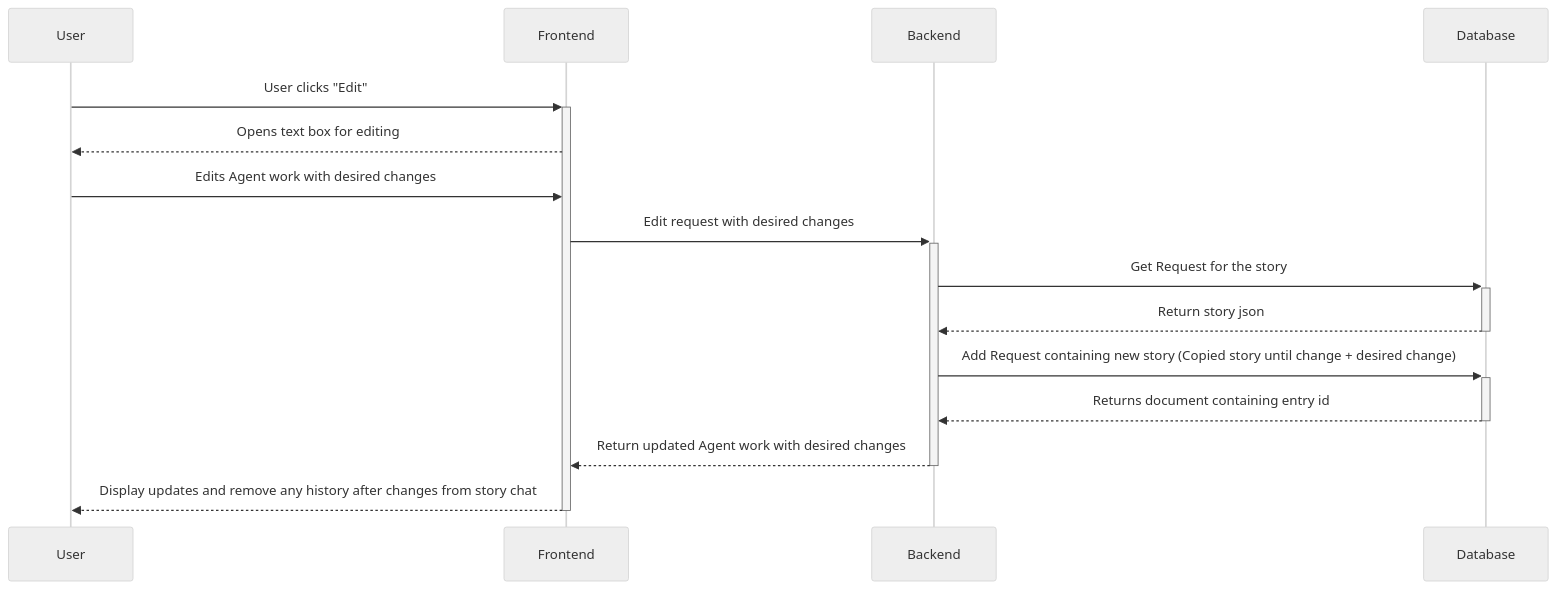
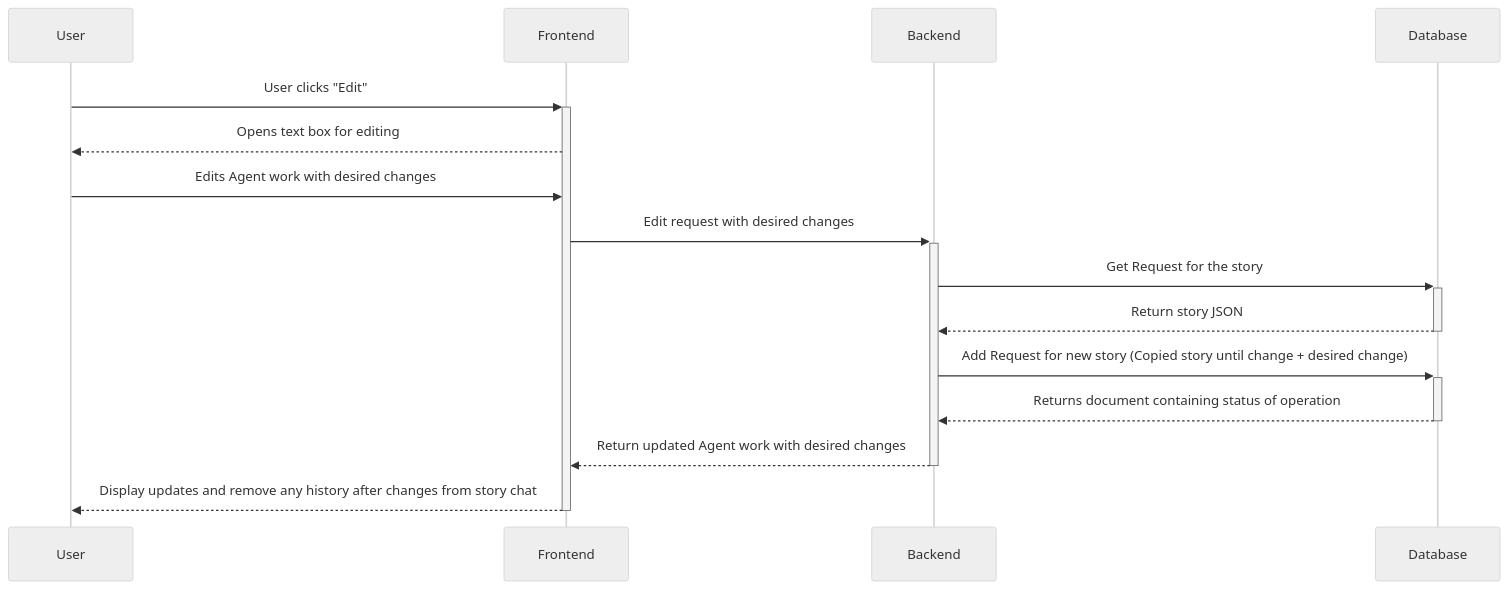
Before and after one commit to Capstone-Projects-2025-Spring/project-003-story-builder-team-1: the fifth of 7 diagrams in documentation/docs/system-architecture/sequence-diagrams.md, drawn with Mermaid (neutral theme). The commit also changed other lines of this file, not shown here.

Commit message:
Replaced initial writing process sequence diagram with agent generation sequence diagram

````diff
--- a/documentation/docs/system-architecture/sequence-diagrams.md
+++ b/documentation/docs/system-architecture/sequence-diagrams.md
@@ -121,17 +102,17 @@
 ```mermaid
 sequenceDiagram
     participant User
     participant Frontend
     participant Backend
     participant Database
     User->>+Frontend: User clicks "Edit"
     Frontend-->>User: Opens text box for editing
     User->>Frontend: Edits Agent work with desired changes
     Frontend->>+Backend: Edit request with desired changes
     Backend->>+Database: Get Request for the story
-    Database-->>-Backend: Return story json
-    Backend->>+Database: Add Request containing new story (Copied story until change + desired change)
-    Database-->>-Backend: Returns document containing entry id
+    Database-->>-Backend: Return story JSON
+    Backend->>+Database: Add Request for new story (Copied story until change + desired change)
+    Database-->>-Backend: Returns document containing status of operation
     Backend-->>-Frontend: Return updated Agent work with desired changes
     Frontend-->>-User: Display updates and remove any history after changes from story chat
 ```
````
